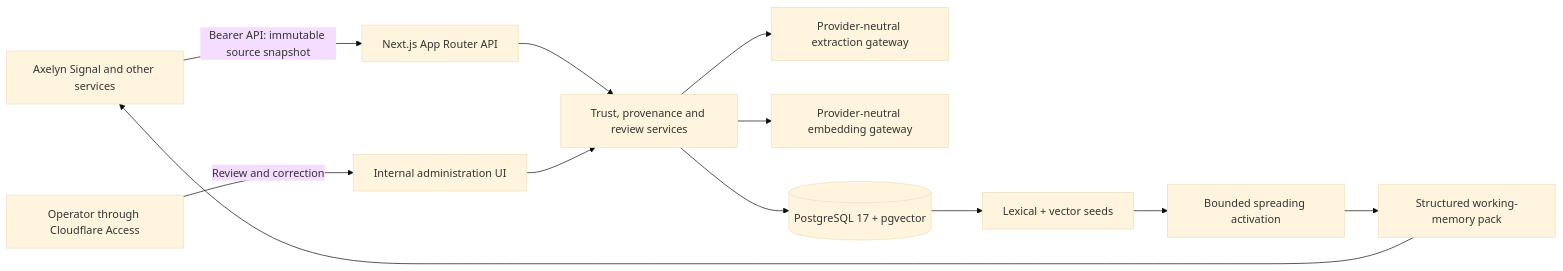
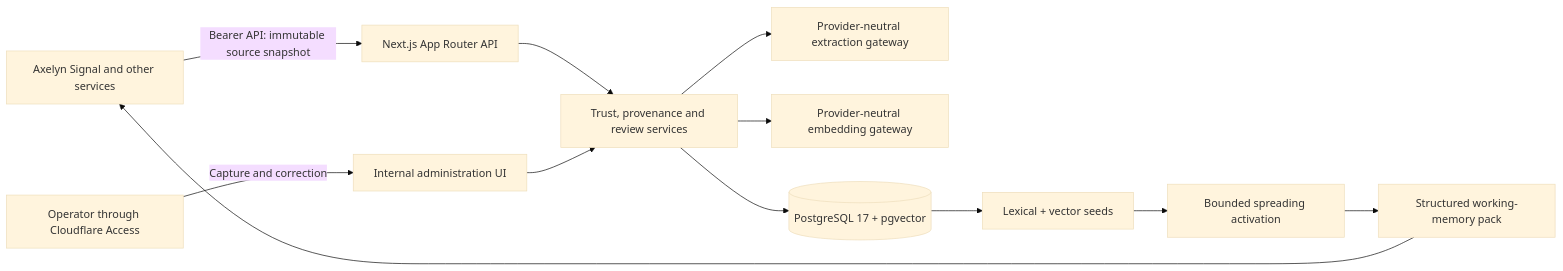
The diagram in README.md (aminhaiqal/axelyn-knowledge), drawn with Mermaid (base theme) before and after one commit. The commit also changed other lines of this file and 22 other files, not shown here.

````diff
--- a/README.md
+++ b/README.md
@@ -7,14 +7,14 @@
 ```mermaid
 flowchart LR
   Signal[Axelyn Signal and other services] -->|Bearer API: immutable source snapshot| API[Next.js App Router API]
-  Operator[Operator through Cloudflare Access] -->|Review and correction| UI[Internal administration UI]
+  Operator[Operator through Cloudflare Access] -->|Capture and correction| UI[Internal administration UI]
   API --> Domain[Trust, provenance and review services]
   UI --> Domain
   Domain --> Extract[Provider-neutral extraction gateway]
   Domain --> Embed[Provider-neutral embedding gateway]
   Domain --> PG[(PostgreSQL 17 + pgvector)]
   PG --> Retrieve[Lexical + vector seeds]
   Retrieve --> Graph[Bounded spreading activation]
   Graph --> Pack[Structured working-memory pack]
   Pack --> Signal
 ```
````
